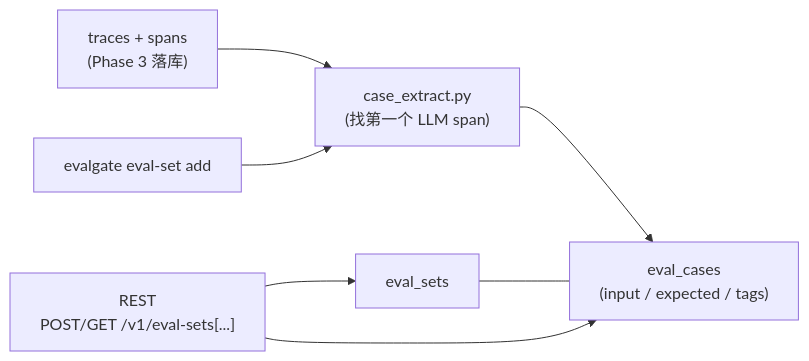
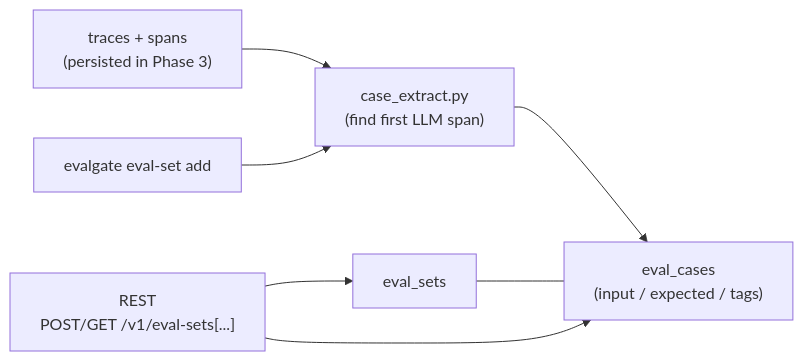
The first of 2 diagrams in docs/PHASE_4_PLAN.md (AndyUneducated/eval-gate), drawn with Mermaid before and after one commit. The commit also changed other lines of this file and 22 other files, not shown here.

````diff
--- a/docs/PHASE_4_PLAN.md
+++ b/docs/PHASE_4_PLAN.md
@@ -9,15 +9,15 @@
 ```mermaid
 flowchart LR
-  Trace["traces + spans<br/>(Phase 3 落库)"]
-  Extract["case_extract.py<br/>(找第一个 LLM span)"]
+  Trace["traces + spans<br/>(persisted in Phase 3)"]
+  Extract["case_extract.py<br/>(find first LLM span)"]
   Cases["eval_cases<br/>(input / expected / tags)"]
   Set["eval_sets"]
   API["REST<br/>POST/GET /v1/eval-sets[...]"]
   CLI["evalgate eval-set add"]
 
   Trace --> Extract --> Cases
   Set --- Cases
   CLI --> Extract
   API --> Set
   API --> Cases
 ```
````
